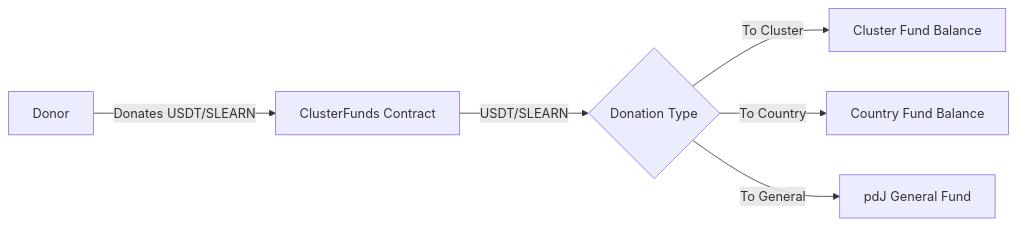
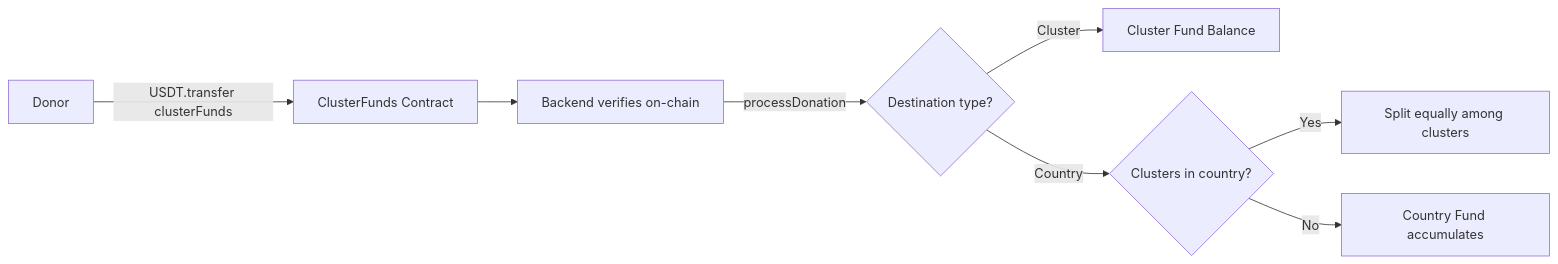
One commit to pasosdeJesus/learn.tg changed the first of 3 diagrams in REQ/155.md. Above: the diagram before and after it, drawn with Mermaid. The commit also changed other lines of this file and 11 other files, not shown here.

````diff
--- a/REQ/155.md
+++ b/REQ/155.md
@@ -90,8 +96,10 @@
 ```mermaid
 flowchart LR
-    A[Donor] -->|Donates USDT/SLEARN| B[ClusterFunds Contract]
-    B -->|USDT/SLEARN| C{Donation Type}
-    C -->|To Cluster| D[Cluster Fund Balance]
-    C -->|To Country| E[Country Fund Balance]
-    C -->|To General| F[pdJ General Fund]
+    A[Donor] -->|USDT.transfer clusterFunds| B[ClusterFunds Contract]
+    B --> C[Backend verifies on-chain]
+    C -->|processDonation| D{Destination type?}
+    D -->|Cluster| E[Cluster Fund Balance]
+    D -->|Country| F{Clusters in country?}
+    F -->|Yes| G[Split equally among clusters]
+    F -->|No| H[Country Fund accumulates]
 ```
````
